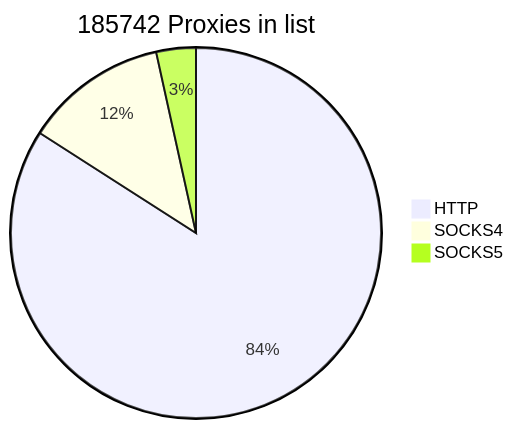
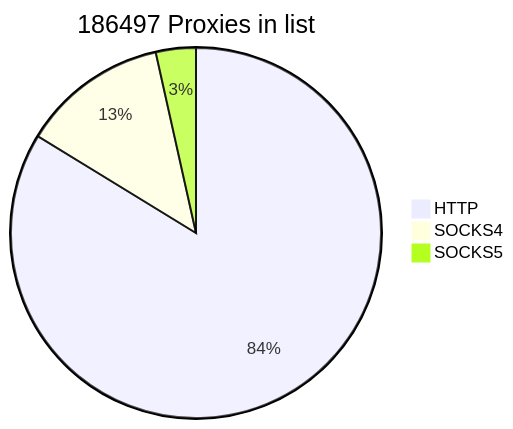
The first of 2 diagrams in README.md (cutipu/proxylist), drawn with Mermaid before and after one commit. The commit also changed other lines of this file, not shown here.

````diff
--- a/README.md
+++ b/README.md
@@ -2,7 +2,7 @@
 ```mermaid
-pie title 185742 Proxies in list
-    "HTTP" : 156143
-    "SOCKS4" : 23184
-    "SOCKS5" : 6415
+pie title 186497 Proxies in list
+    "HTTP" : 156166
+    "SOCKS4" : 23819
+    "SOCKS5" : 6512
             
 ```
````
